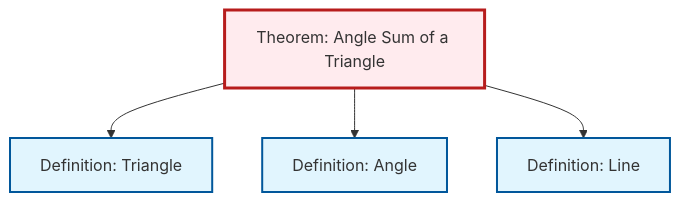
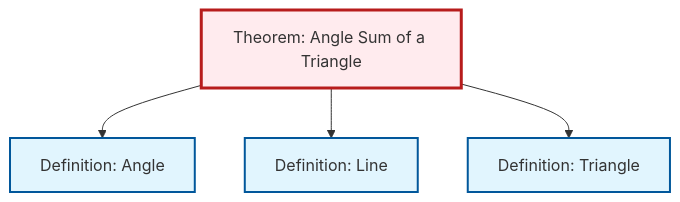
Before and after one commit to RK0429/ModernMath: the diagram in content/en/geometry/thm-angle-sum-triangle.qmd, drawn with Mermaid. The commit also changed other lines of this file and 597 other files, not shown here.

````diff
--- a/content/en/geometry/thm-angle-sum-triangle.qmd
+++ b/content/en/geometry/thm-angle-sum-triangle.qmd
@@ -57,20 +57,20 @@
 ```{mermaid}
 %%| fig-cap: "Local dependency graph"
 graph TD
     classDef definition fill:#e1f5fe,stroke:#01579b,stroke-width:2px
     classDef theorem fill:#f3e5f5,stroke:#4a148c,stroke-width:2px
     classDef axiom fill:#fff3e0,stroke:#e65100,stroke-width:2px
     classDef example fill:#e8f5e9,stroke:#1b5e20,stroke-width:2px
     classDef current fill:#ffebee,stroke:#b71c1c,stroke-width:3px
-    thm-angle-sum-triangle["Theorem: Angle Sum of a Triangle"]:::theorem
+    def-angle["Definition: Angle"]:::definition
     def-triangle["Definition: Triangle"]:::definition
     def-line["Definition: Line"]:::definition
-    def-angle["Definition: Angle"]:::definition
-    thm-angle-sum-triangle --> def-triangle
+    thm-angle-sum-triangle["Theorem: Angle Sum of a Triangle"]:::theorem
     thm-angle-sum-triangle --> def-angle
     thm-angle-sum-triangle --> def-line
+    thm-angle-sum-triangle --> def-triangle
     class thm-angle-sum-triangle current
+    click def-angle "def-angle.html" "Go to Angle definition"
     click def-triangle "def-triangle.html" "Go to Triangle definition"
     click def-line "def-line.html" "Go to Line definition"
-    click def-angle "def-angle.html" "Go to Angle definition"
 ```
````
